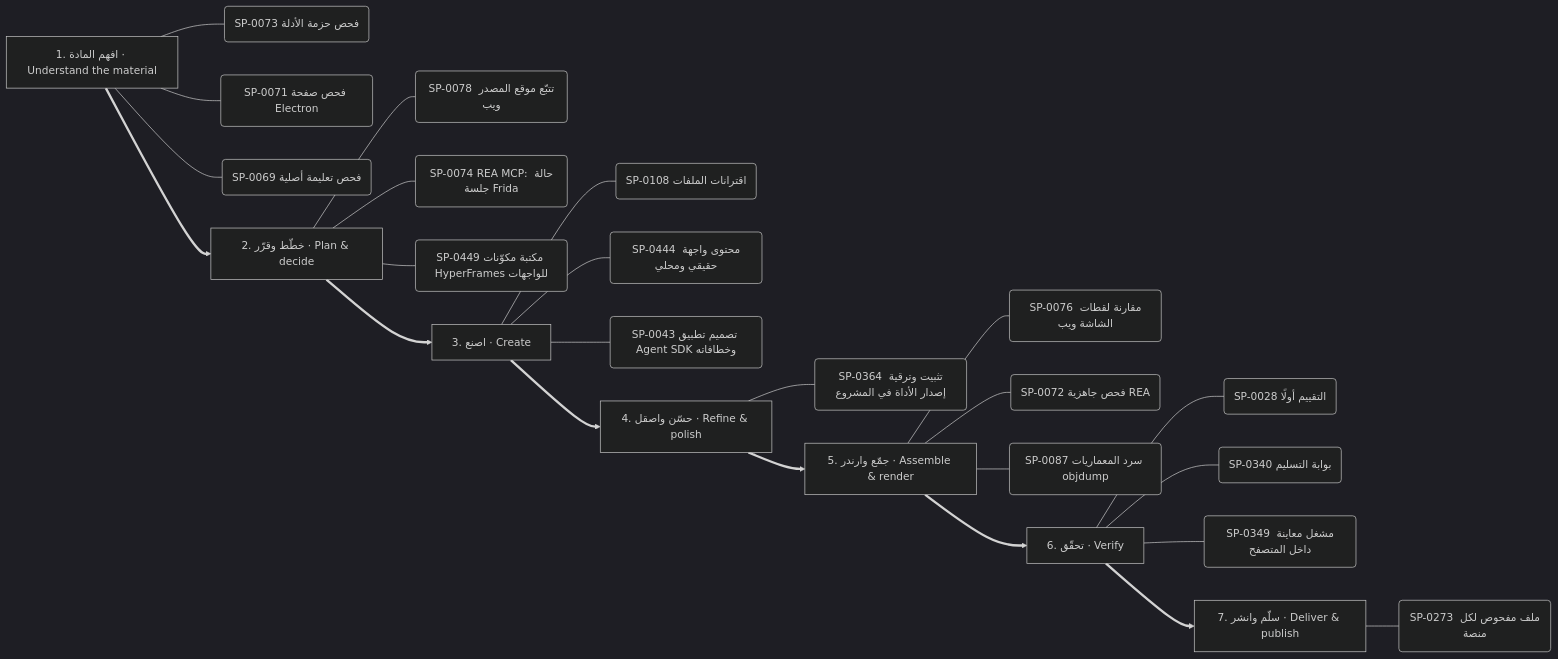
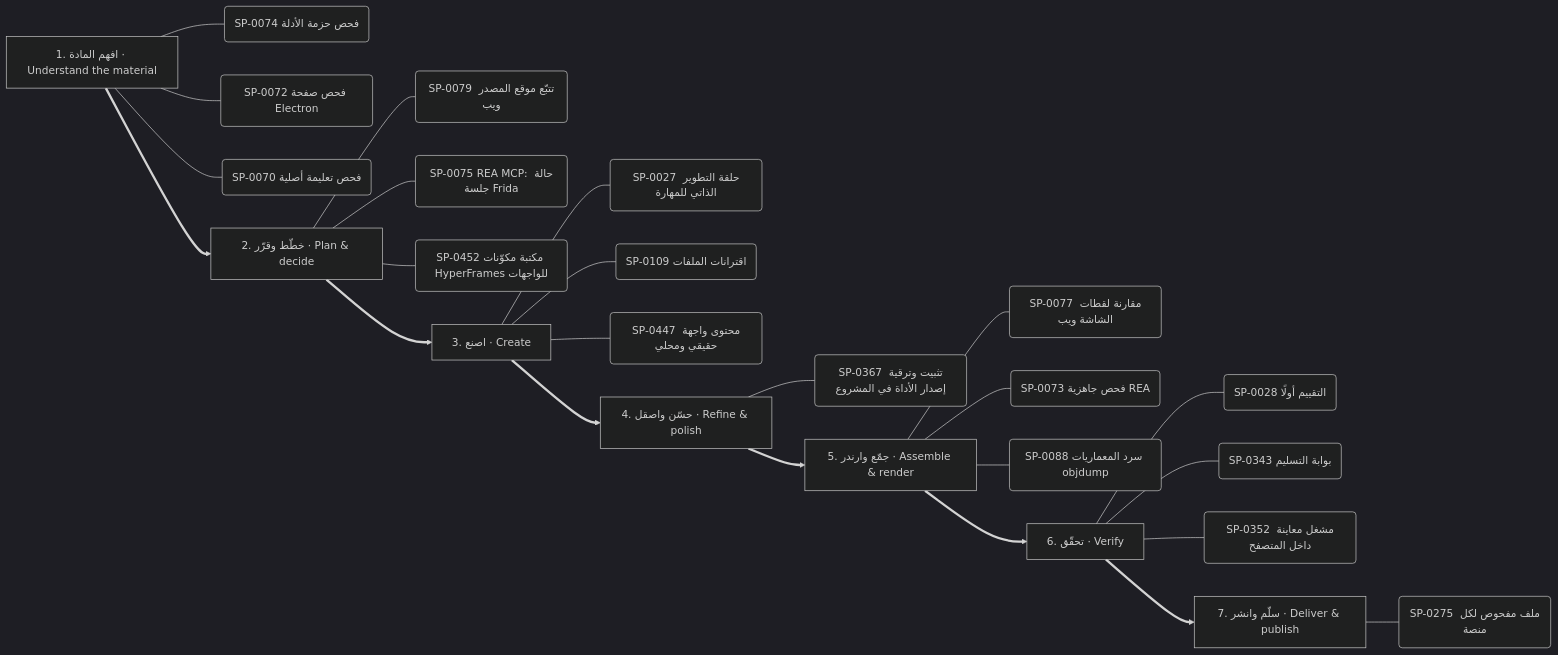
Before and after one commit to kosif199022-jpg/kosif-tool: diagram 11 of 13 in .claude/skills/kosif-superpowers/references/capability-mindmap.md, drawn with Mermaid (dark theme). The commit also changed other lines of this file and 48 other files, not shown here.

````diff
--- a/.claude/skills/kosif-superpowers/references/capability-mindmap.md
+++ b/.claude/skills/kosif-superpowers/references/capability-mindmap.md
@@ -546,33 +546,33 @@
 ```mermaid
 flowchart LR
   S0["1. افهم المادة · Understand the material"]
-  S0 --- S0_0("SP-0073 فحص حزمة الأدلة")
-  S0 --- S0_1("SP-0071 فحص صفحة Electron")
-  S0 --- S0_2("SP-0069 فحص تعليمة أصلية")
+  S0 --- S0_0("SP-0074 فحص حزمة الأدلة")
+  S0 --- S0_1("SP-0072 فحص صفحة Electron")
+  S0 --- S0_2("SP-0070 فحص تعليمة أصلية")
   S1["2. خطّط وقرّر · Plan & decide"]
-  S1 --- S1_0("SP-0078 تتبّع موقع المصدر ويب")
-  S1 --- S1_1("SP-0074 REA MCP: حالة جلسة Frida")
-  S1 --- S1_2("SP-0449 مكتبة مكوّنات HyperFrames للواجهات")
+  S1 --- S1_0("SP-0079 تتبّع موقع المصدر ويب")
+  S1 --- S1_1("SP-0075 REA MCP: حالة جلسة Frida")
+  S1 --- S1_2("SP-0452 مكتبة مكوّنات HyperFrames للواجهات")
   S0 ==> S1
   S2["3. اصنع · Create"]
-  S2 --- S2_0("SP-0108 اقترانات الملفات")
-  S2 --- S2_1("SP-0444 محتوى واجهة حقيقي ومحلي")
-  S2 --- S2_2("SP-0043 تصميم تطبيق Agent SDK وخطافاته")
+  S2 --- S2_0("SP-0027 حلقة التطوير الذاتي للمهارة")
+  S2 --- S2_1("SP-0109 اقترانات الملفات")
+  S2 --- S2_2("SP-0447 محتوى واجهة حقيقي ومحلي")
   S1 ==> S2
   S3["4. حسّن واصقل · Refine & polish"]
-  S3 --- S3_0("SP-0364 تثبيت وترقية إصدار الأداة في المشروع")
+  S3 --- S3_0("SP-0367 تثبيت وترقية إصدار الأداة في المشروع")
   S2 ==> S3
   S4["5. جمّع وارندر · Assemble & render"]
-  S4 --- S4_0("SP-0076 مقارنة لقطات الشاشة ويب")
-  S4 --- S4_1("SP-0072 فحص جاهزية REA")
-  S4 --- S4_2("SP-0087 سرد المعماريات objdump")
+  S4 --- S4_0("SP-0077 مقارنة لقطات الشاشة ويب")
+  S4 --- S4_1("SP-0073 فحص جاهزية REA")
+  S4 --- S4_2("SP-0088 سرد المعماريات objdump")
   S3 ==> S4
   S5["6. تحقّق · Verify"]
   S5 --- S5_0("SP-0028 التقييم أولًا")
-  S5 --- S5_1("SP-0340 بوابة التسليم")
-  S5 --- S5_2("SP-0349 مشغل معاينة داخل المتصفح")
+  S5 --- S5_1("SP-0343 بوابة التسليم")
+  S5 --- S5_2("SP-0352 مشغل معاينة داخل المتصفح")
   S4 ==> S5
   S6["7. سلّم وانشر · Deliver & publish"]
-  S6 --- S6_0("SP-0273 ملف مفحوص لكل منصة")
+  S6 --- S6_0("SP-0275 ملف مفحوص لكل منصة")
   S5 ==> S6
 ```
````
